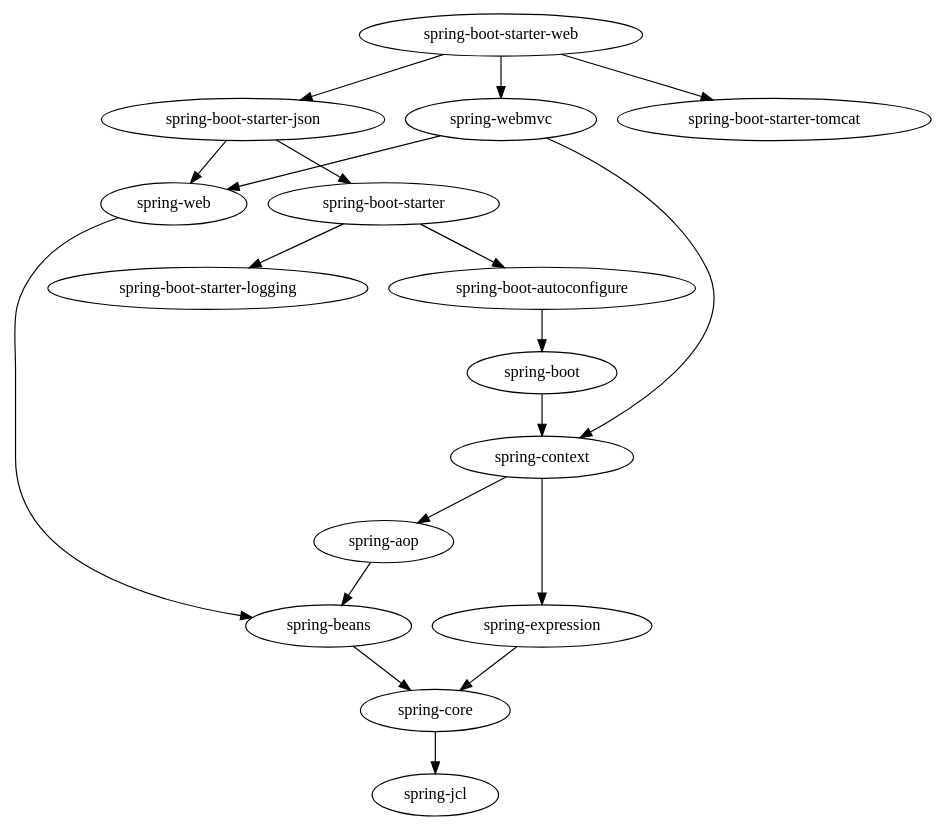
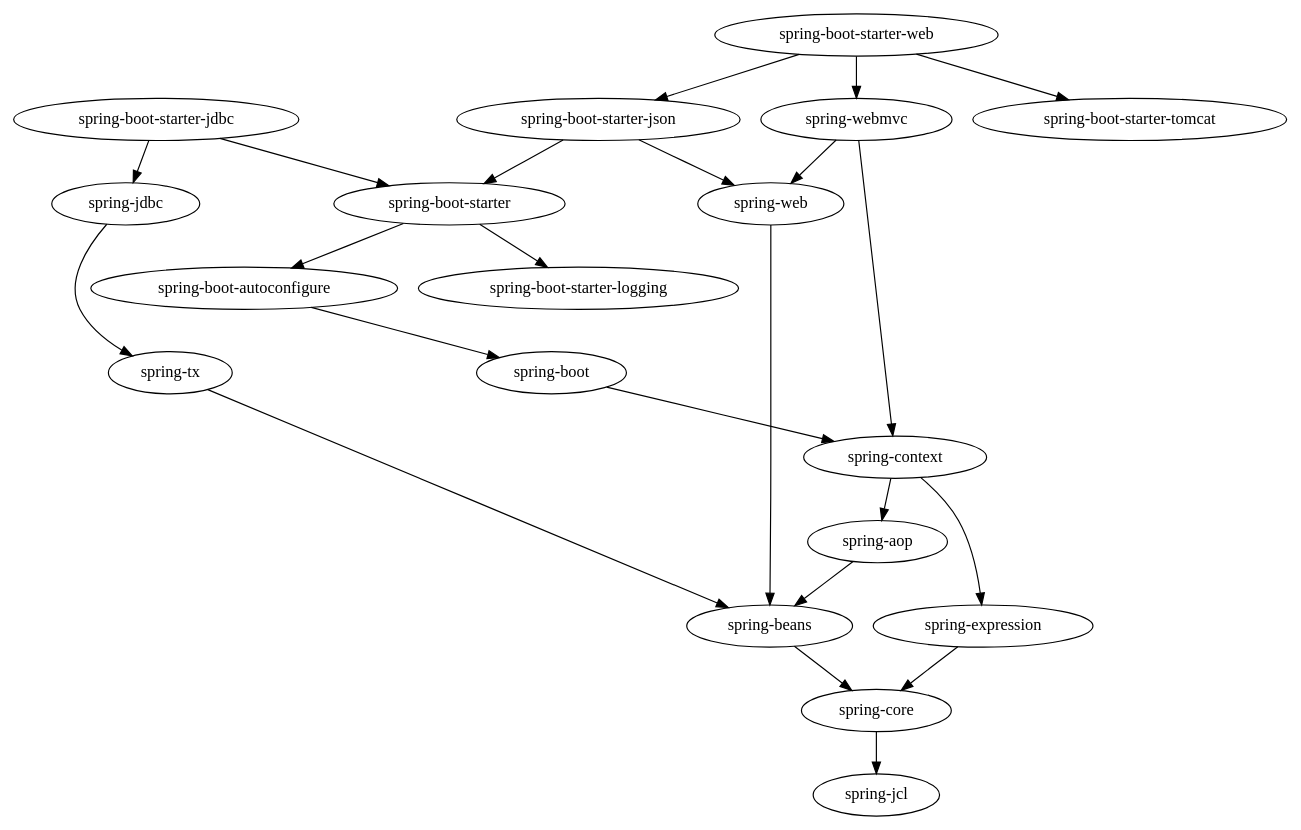
One commit to MoonChaserChen/Re0-Spring changed the second of 2 diagrams in docs/1、架构/架构.md. Above: the diagram before and after it, drawn with PlantUML. The commit also changed other lines of this file and 11 other files, not shown here.

````diff
--- a/docs/1、架构/架构.md
+++ b/docs/1、架构/架构.md
@@ -29,22 +35,26 @@
 ```plantuml
 digraph G {
-        "spring-boot-starter-web" -> "spring-boot-starter-json"
-        "spring-boot-starter-web" -> "spring-webmvc"
-        "spring-boot-starter-web" -> "spring-boot-starter-tomcat"
-        "spring-boot-starter" -> "spring-boot-autoconfigure"
-        "spring-boot-starter" -> "spring-boot-starter-logging"
-        "spring-boot" -> "spring-context"
-        "spring-boot-autoconfigure" -> "spring-boot"
-        "spring-core" -> "spring-jcl"
-        "spring-boot-starter-json" -> "spring-boot-starter"
-        "spring-boot-starter-json" -> "spring-web"
-        "spring-web" -> "spring-beans"
-        "spring-beans" -> "spring-core"
-        "spring-webmvc" -> "spring-context"
-        "spring-webmvc" -> "spring-web"
-        "spring-aop" -> "spring-beans"
-        "spring-context" -> "spring-expression"
-        "spring-context" -> "spring-aop"
-        "spring-expression" -> "spring-core"
+    "spring-boot-starter-web" -> "spring-boot-starter-json"
+    "spring-boot-starter-web" -> "spring-webmvc"
+    "spring-boot-starter-web" -> "spring-boot-starter-tomcat"
+    "spring-boot-starter" -> "spring-boot-autoconfigure"
+    "spring-boot-starter" -> "spring-boot-starter-logging"
+    "spring-boot" -> "spring-context"
+    "spring-boot-autoconfigure" -> "spring-boot"
+    "spring-core" -> "spring-jcl"
+    "spring-boot-starter-json" -> "spring-boot-starter"
+    "spring-boot-starter-json" -> "spring-web"
+    "spring-web" -> "spring-beans"
+    "spring-beans" -> "spring-core"
+    "spring-webmvc" -> "spring-context"
+    "spring-webmvc" -> "spring-web"
+    "spring-aop" -> "spring-beans"
+    "spring-context" -> "spring-aop"
+    "spring-context" -> "spring-expression"
+    "spring-expression" -> "spring-core"
+    "spring-boot-starter-jdbc" -> "spring-jdbc"
+    "spring-boot-starter-jdbc" -> "spring-boot-starter"
+    "spring-jdbc" -> "spring-tx"
+    "spring-tx" -> "spring-beans"
 }
 ```
````
